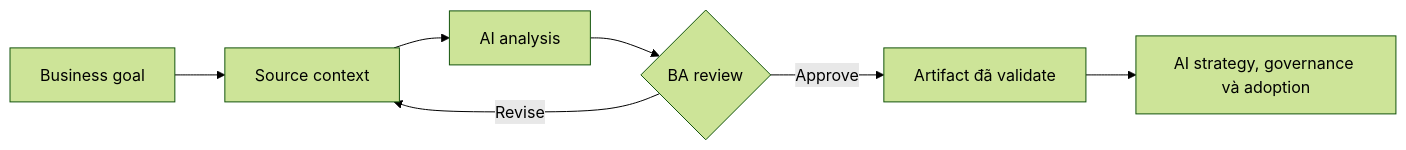
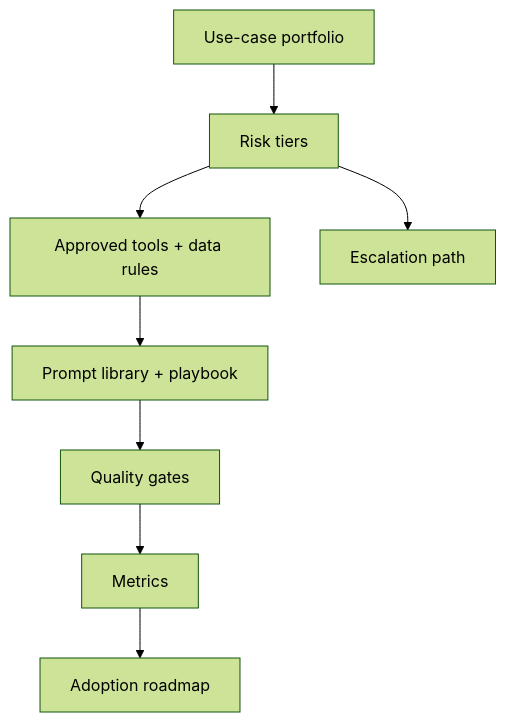
Before and after one commit to anhtnt90dev/ai-for-ba: the diagram in docs/vi/lessons/ai-strategy-governance-and-adoption/index.md, drawn with Mermaid (forest theme). The commit also changed other lines of this file and 64 other files, not shown here.

````diff
--- a/docs/vi/lessons/ai-strategy-governance-and-adoption/index.md
+++ b/docs/vi/lessons/ai-strategy-governance-and-adoption/index.md
@@ -39,9 +38,10 @@
 ```mermaid
-flowchart LR
-    A["Business goal"] --> B["Source context"]
-    B --> C["AI analysis"]
-    C --> D{"BA review"}
-    D -->|"Revise"| B
-    D -->|"Approve"| E["Artifact đã validate"]
-    E --> F["AI strategy, governance và adoption"]
+flowchart TD
+    A["Use-case portfolio"] --> B["Risk tiers"]
+    B --> C["Approved tools + data rules"]
+    C --> D["Prompt library + playbook"]
+    D --> E["Quality gates"]
+    E --> F["Metrics"]
+    F --> G["Adoption roadmap"]
+    B --> H["Escalation path"]
 ```
````
